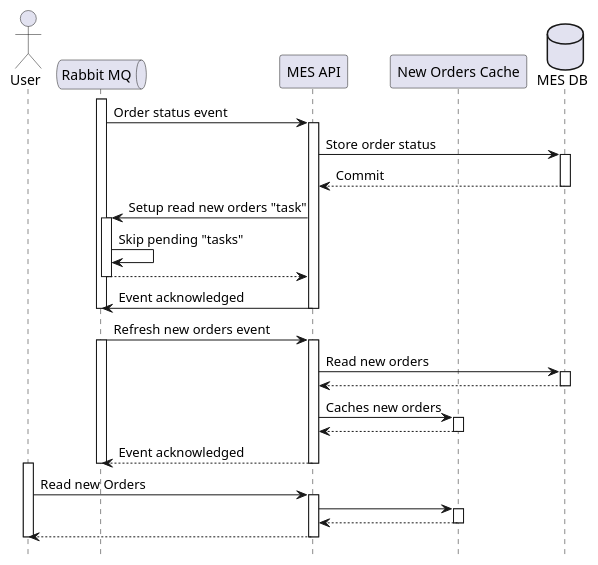
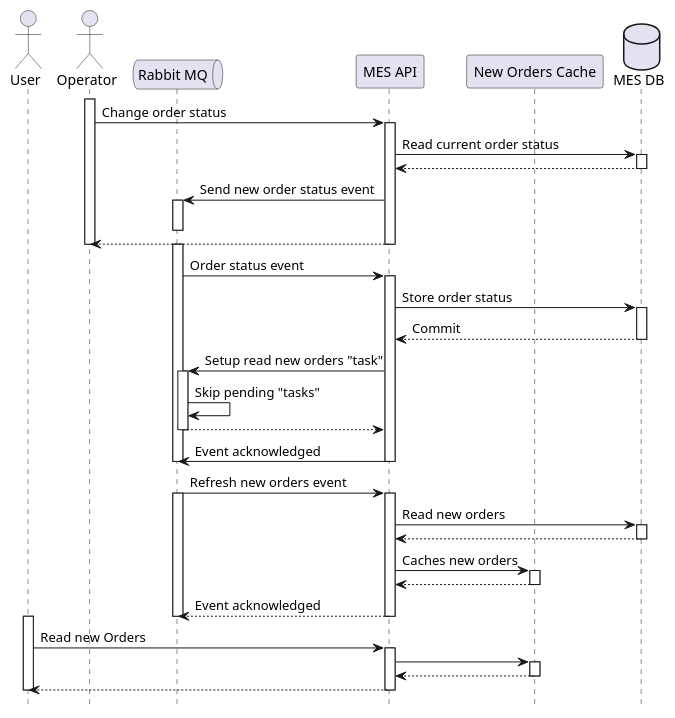
Before and after one commit to razumyan/architecture-alexandrite: the diagram in Task5/Архитектурное решение по кешированию.md, drawn with PlantUML. The commit also changed 4 other files, not shown here.

````diff
--- a/Task5/Архитектурное решение по кешированию.md
+++ b/Task5/Архитектурное решение по кешированию.md
@@ -23,50 +23,66 @@
 ```puml
 @startuml
 hide footbox
 
 actor User
+actor Operator
 queue "Rabbit MQ" as RabbitMQ
 participant "MES API" as MES
 participant "New Orders Cache" as Cache
 database "MES DB" as DB
+
+Operator++
+Operator -> MES: Change order status
+MES++
+MES->DB: Read current order status
+DB++
+DB-->MES
+DB--
+
+MES->RabbitMQ: Send new order status event
+RabbitMQ++
+RabbitMQ--
+MES-->Operator
+Operator--
+MES--
 
 RabbitMQ++
 RabbitMQ -> MES: Order status event
 MES++
 MES->DB: Store order status
 DB++
 return Commit 
 MES->RabbitMQ: Setup read new orders "task"
 RabbitMQ++
 RabbitMQ->RabbitMQ: Skip pending "tasks"
 return
 
 MES->RabbitMQ: Event acknowledged
 RabbitMQ--
 MES--
 
 RabbitMQ->MES: Refresh new orders event
 RabbitMQ++
 MES++   
 MES -> DB: Read new orders
 DB++
 return
 DB--
 MES->Cache: Caches new orders
 Cache++
 return
 return  Event acknowledged
 RabbitMQ-- 
 
 User++
 User -> MES: Read new Orders
 MES++ 
 MES -> Cache
 Cache++
 return
 return
 User--
 
 
 @enduml
 ``` 
````
